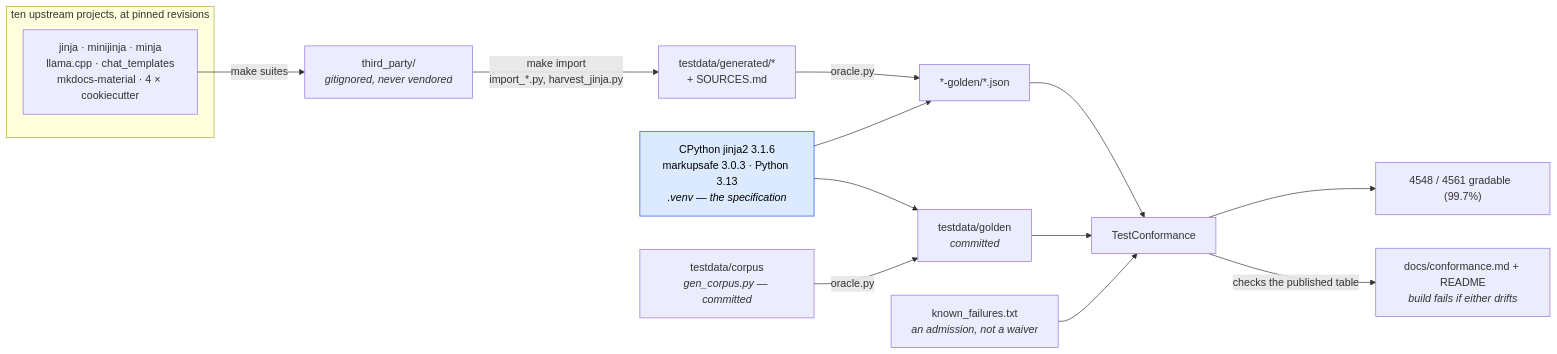
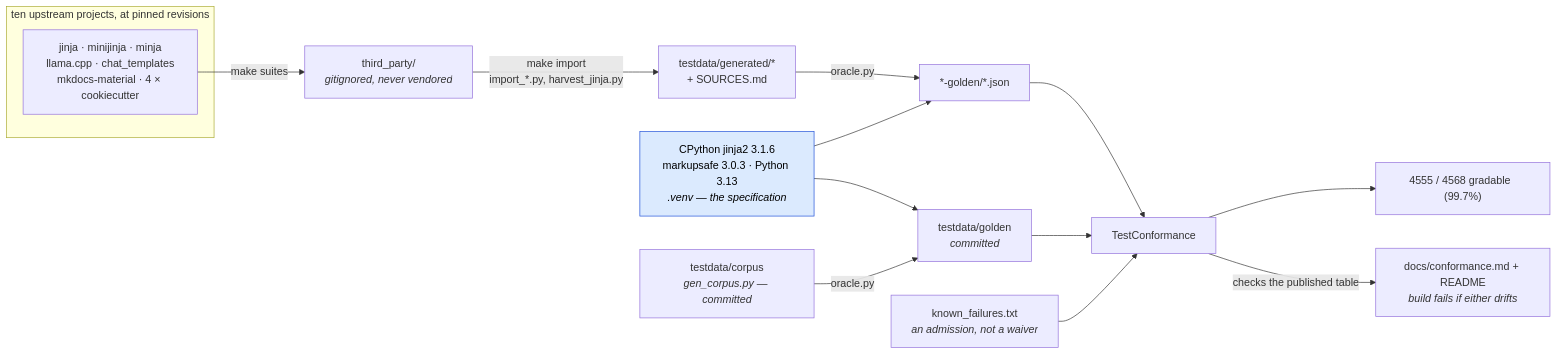
Before and after one commit to mgilbir/gojja2: the first of 2 diagrams in docs/conformance.md, drawn with Mermaid. The commit also changed other lines of this file and 83 other files, not shown here.

````diff
--- a/docs/conformance.md
+++ b/docs/conformance.md
@@ -17,24 +17,24 @@
 ```mermaid
 flowchart LR
     subgraph up["ten upstream projects, at pinned revisions"]
         U1["jinja · minijinja · minja<br/>llama.cpp · chat_templates<br/>mkdocs-material · 4 × cookiecutter"]
     end
     U1 -->|"make suites"| TP["third_party/<br/><i>gitignored, never vendored</i>"]
     TP -->|"make import<br/>import_*.py, harvest_jinja.py"| GEN["testdata/generated/*<br/>+ SOURCES.md"]
 
     ORA["CPython jinja2 3.1.6<br/>markupsafe 3.0.3 · Python 3.13<br/><i>.venv — the specification</i>"]
     GEN -->|"oracle.py"| G2["*-golden/*.json"]
     ORA --> G2
 
     OWN["testdata/corpus<br/><i>gen_corpus.py — committed</i>"] -->|"oracle.py"| G1["testdata/golden<br/><i>committed</i>"]
     ORA --> G1
 
     G1 --> TC["TestConformance"]
     G2 --> TC
     KF["known_failures.txt<br/><i>an admission, not a waiver</i>"] --> TC
-    TC --> RATE["4548 / 4561 gradable  (99.7%)"]
+    TC --> RATE["4555 / 4568 gradable  (99.7%)"]
     TC -->|"checks the published table"| RM["docs/conformance.md + README<br/><i>build fails if either drifts</i>"]
 
     classDef spec fill:#dbeafe,stroke:#1d4ed8,color:#000
     class ORA spec
 ```
````
